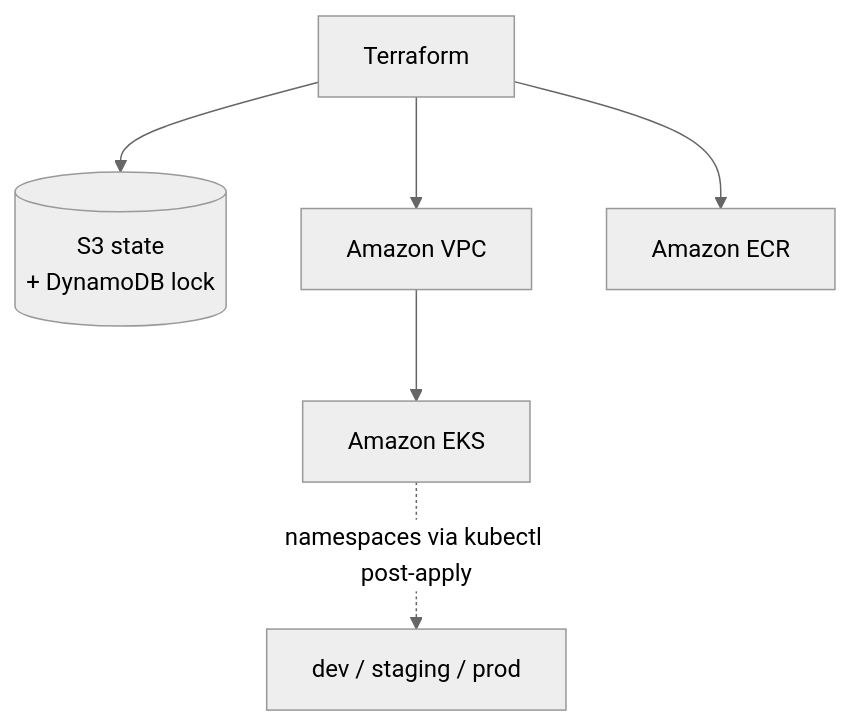
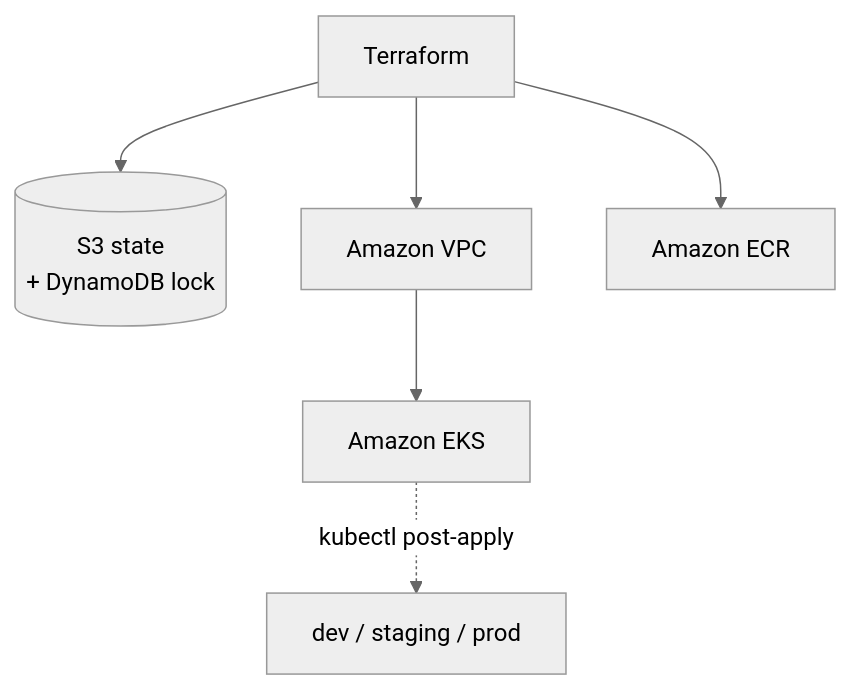
One commit to OnyiGlobal2025/taskflow-infra changed the diagram in docs/architecture.md. Above: the diagram before and after it, drawn with Mermaid (neutral theme).

Commit message:
docs: shorten mermaid edge label to prevent truncation

````diff
--- a/docs/architecture.md
+++ b/docs/architecture.md
@@ -14,8 +14,8 @@
 ```mermaid
 flowchart TB
     tf[Terraform] --> state[(S3 state<br/>+ DynamoDB lock)]
     tf --> vpc[Amazon VPC]
     vpc --> eks[Amazon EKS]
     tf --> ecr[Amazon ECR]
-    eks -.->|namespaces via kubectl post-apply| ns[dev / staging / prod]
+    eks -.->|kubectl post-apply| ns[dev / staging / prod]
 ```
````
